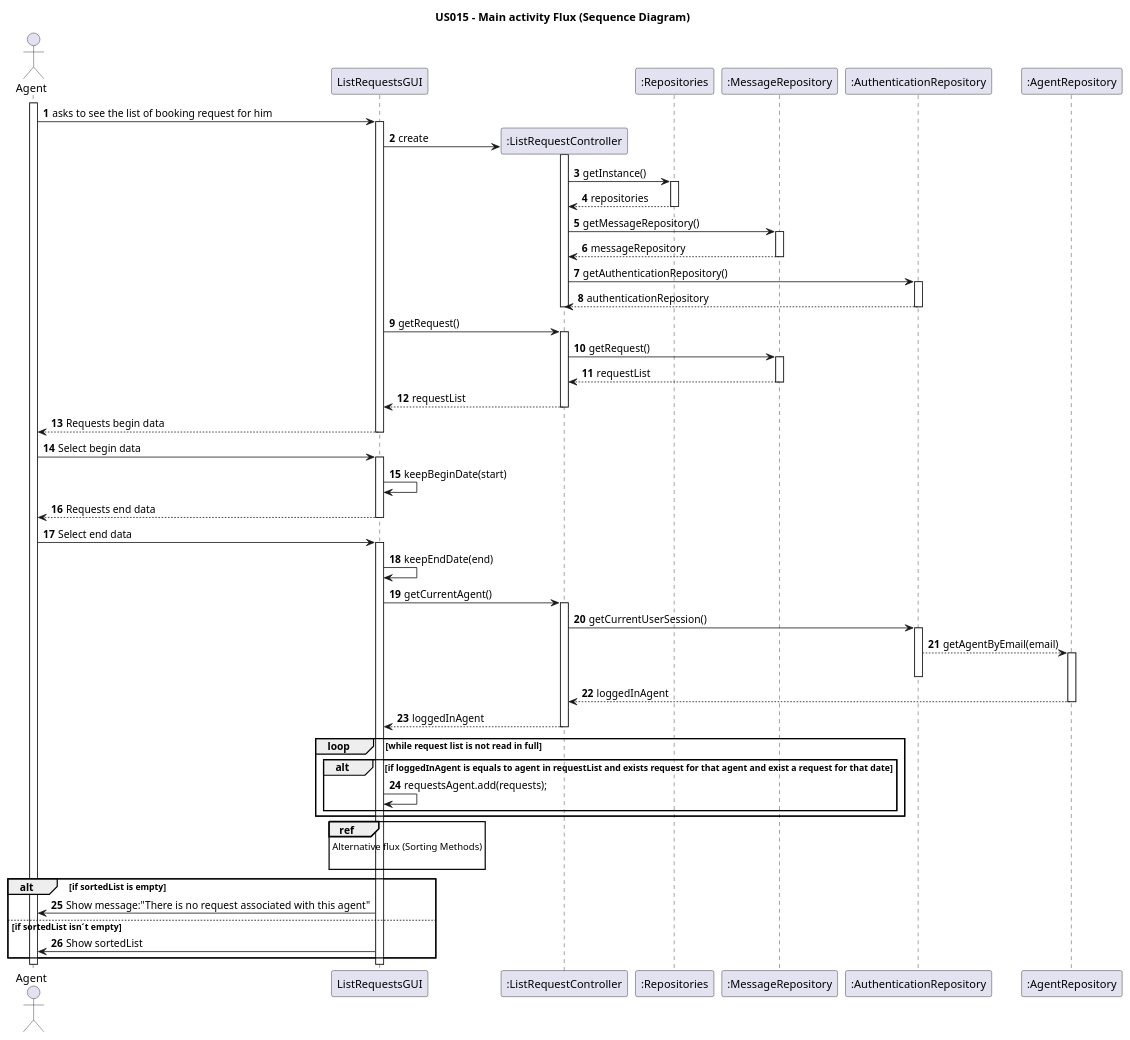
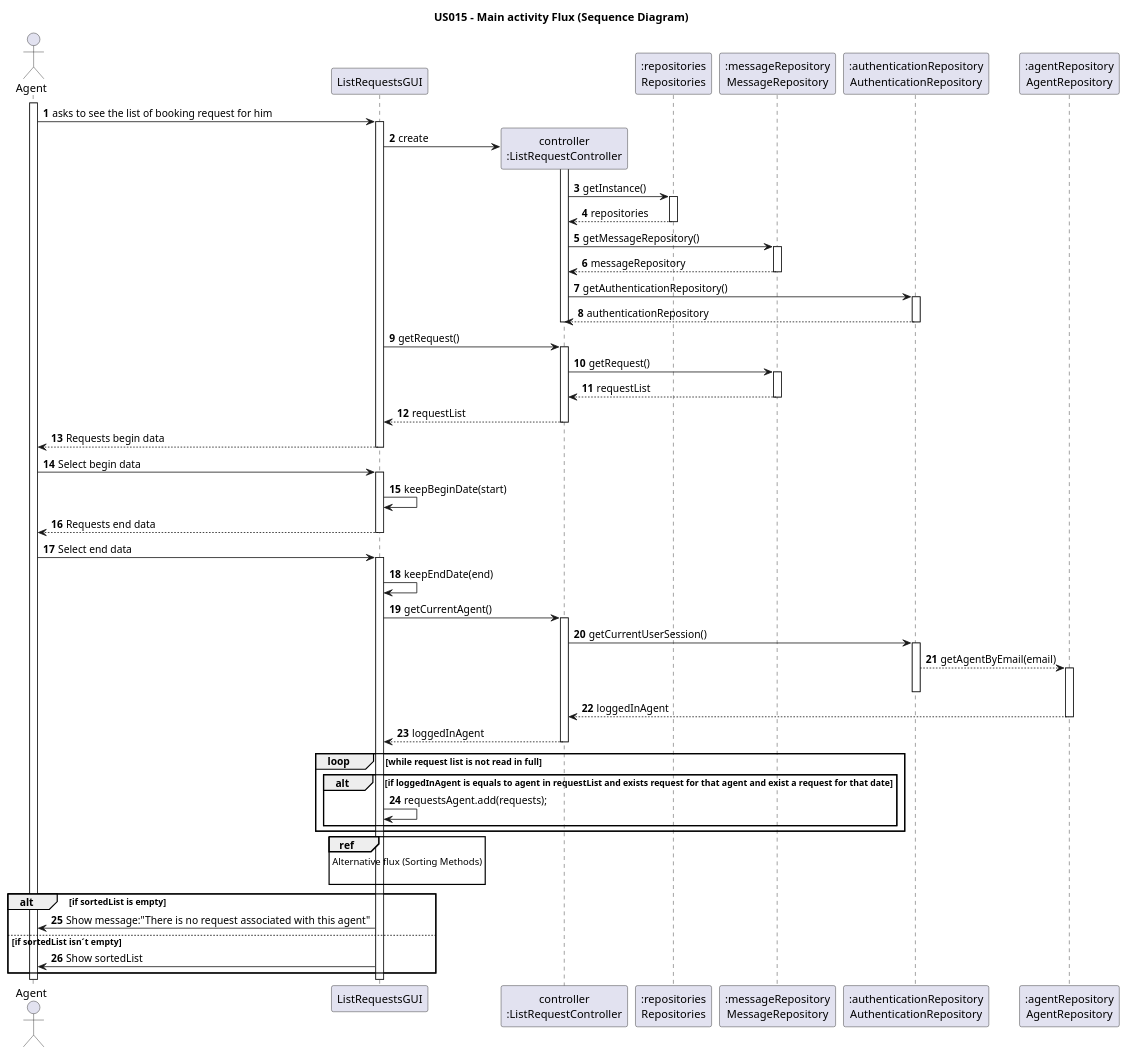
The diagram in docs/sprintD/us015/03.design/puml/us015-main-sequence-diagram.puml (1220812/LAPR2), drawn with PlantUML before and after one commit. The commit also changed 3 other files, not shown here.

```diff
--- a/docs/sprintD/us015/03.design/puml/us015-main-sequence-diagram.puml
+++ b/docs/sprintD/us015/03.design/puml/us015-main-sequence-diagram.puml
@@ -1,109 +1,109 @@
 @startuml
 autonumber
 actor "Agent" as AGENT
 participant "ListRequestsGUI" as UI
-participant ":ListRequestController" as CTRL
-participant ":Repositories" as REPO
-participant ":MessageRepository" as REQREPO
-participant ":AuthenticationRepository" as AUTHREPO
-participant ":AgentRepository" as AGENTREPO
+participant "controller\n:ListRequestController" as CTRL
+participant ":repositories\nRepositories" as REPO
+participant ":messageRepository\nMessageRepository" as REQREPO
+participant ":authenticationRepository\nAuthenticationRepository" as AUTHREPO
+participant ":agentRepository\nAgentRepository" as AGENTREPO
 
 title "US015 - Main activity Flux (Sequence Diagram)"
 
 
 
 activate AGENT
 
     AGENT -> UI : asks to see the list of booking request for him
     activate UI
     UI-> CTRL**: create
     activate CTRL
 
     CTRL -> REPO : getInstance()
     activate REPO
 
     REPO--> CTRL: repositories
     deactivate REPO
 
     CTRL -> REQREPO : getMessageRepository()
     activate REQREPO
 
     REQREPO --> CTRL : messageRepository
     deactivate REQREPO
 
     CTRL -> AUTHREPO : getAuthenticationRepository()
     activate AUTHREPO
 
     AUTHREPO --> CTRL : authenticationRepository
     deactivate AUTHREPO
 
     deactivate CTRL
      UI -> CTRL : getRequest()
        activate CTRL
 
        CTRL -> REQREPO : getRequest()
        activate REQREPO
 
        REQREPO --> CTRL : requestList
        deactivate REQREPO
 
        CTRL --> UI : requestList
        deactivate CTRL
 
     UI --> AGENT : Requests begin data
     deactivate UI
 
 
     AGENT -> UI : Select begin data
     activate UI
 
     UI -> UI : keepBeginDate(start)
 
     UI --> AGENT : Requests end data
     deactivate UI
 
     AGENT -> UI : Select end data
     activate UI
 
     UI -> UI : keepEndDate(end)
 
    UI -> CTRL : getCurrentAgent()
    activate CTRL
 
    CTRL -> AUTHREPO : getCurrentUserSession()
    activate AUTHREPO
 
    AUTHREPO --> AGENTREPO :getAgentByEmail(email)
    activate AGENTREPO
 
    deactivate AUTHREPO
 
    AGENTREPO --> CTRL : loggedInAgent
    deactivate AGENTREPO
 
 
    CTRL --> UI : loggedInAgent
    deactivate CTRL
 
    loop while request list is not read in full
    alt if loggedInAgent is equals to agent in requestList and exists request for that agent and exist a request for that date
 
    UI -> UI : requestsAgent.add(requests);
 
    end
 
    end
       ref over UI
    Alternative flux (Sorting Methods)
 
    end ref
 
    alt if sortedList is empty
    UI -> AGENT : Show message:"There is no request associated with this agent"
 
 
    else if sortedList isn´t empty
    UI -> AGENT : Show sortedList
    end
 
 @enduml
```
